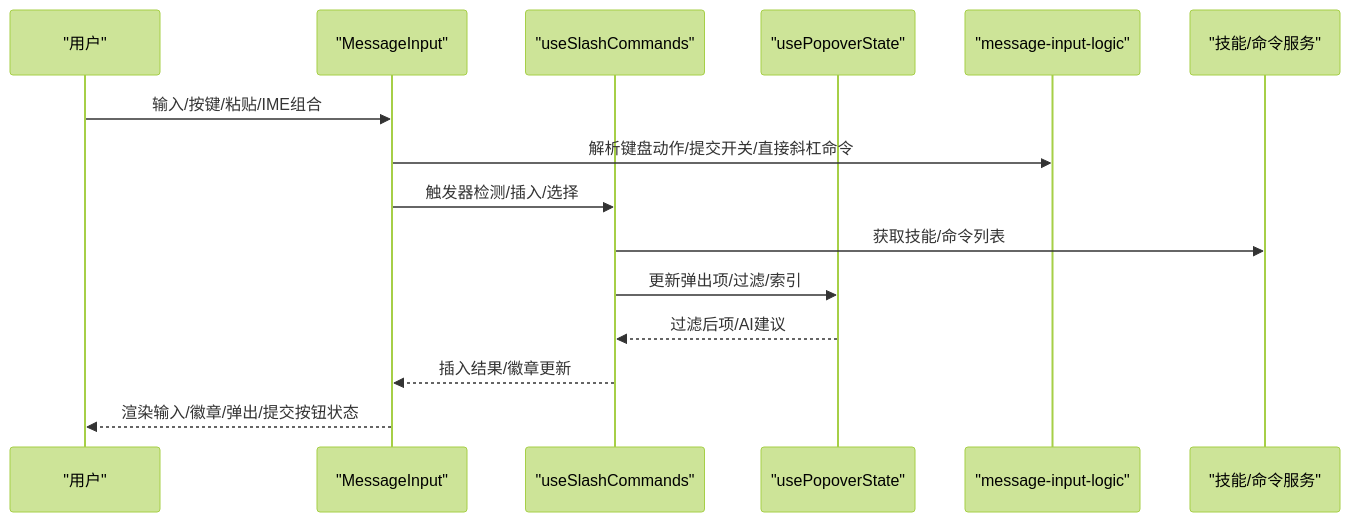
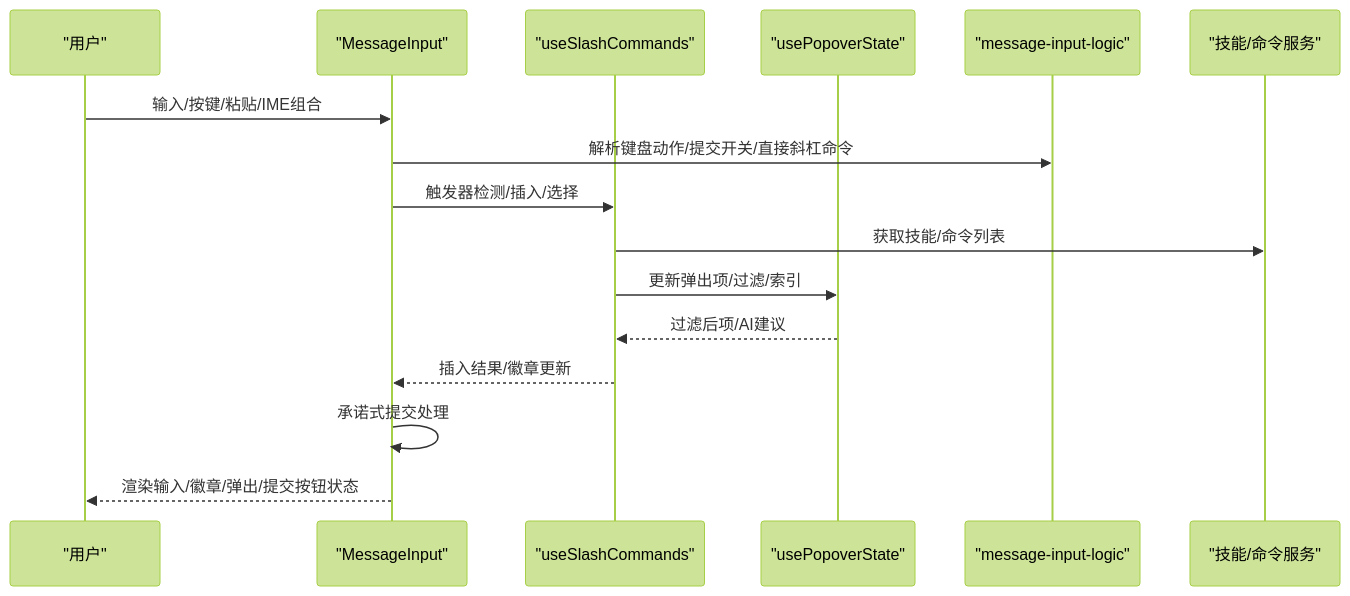
One commit to haolange/CodePilot changed the second of 5 diagrams in .qoder/repowiki/zh/content/核心功能/聊天对话系统/输入交互处理.md. Above: the diagram before and after it, drawn with Mermaid (forest theme). The commit also changed other lines of this file and 8 other files, not shown here.

````diff
--- a/.qoder/repowiki/zh/content/核心功能/聊天对话系统/输入交互处理.md
+++ b/.qoder/repowiki/zh/content/核心功能/聊天对话系统/输入交互处理.md
@@ -111,17 +120,18 @@
 ```mermaid
 sequenceDiagram
 participant U as "用户"
 participant MI as "MessageInput"
 participant USC as "useSlashCommands"
 participant UPS as "usePopoverState"
 participant MIL as "message-input-logic"
 participant SKR as "技能/命令服务"
 U->>MI : 输入/按键/粘贴/IME组合
 MI->>MIL : 解析键盘动作/提交开关/直接斜杠命令
 MI->>USC : 触发器检测/插入/选择
 USC->>SKR : 获取技能/命令列表
 USC->>UPS : 更新弹出项/过滤/索引
 UPS-->>USC : 过滤后项/AI建议
 USC-->>MI : 插入结果/徽章更新
+MI->>MI : 承诺式提交处理
 MI-->>U : 渲染输入/徽章/弹出/提交按钮状态
 ```
````
